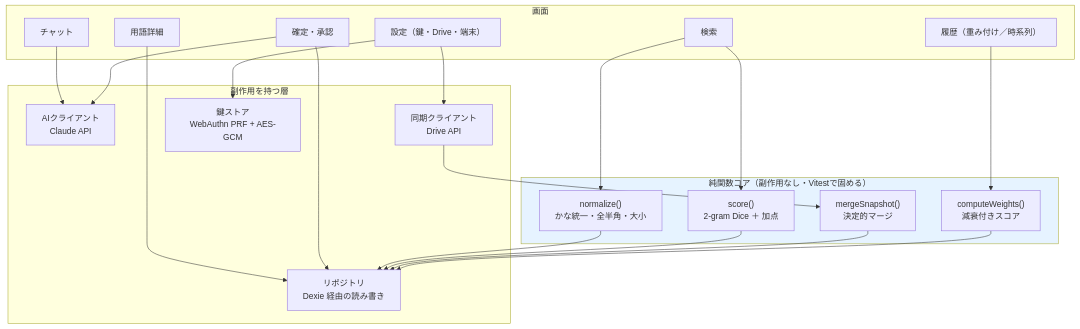
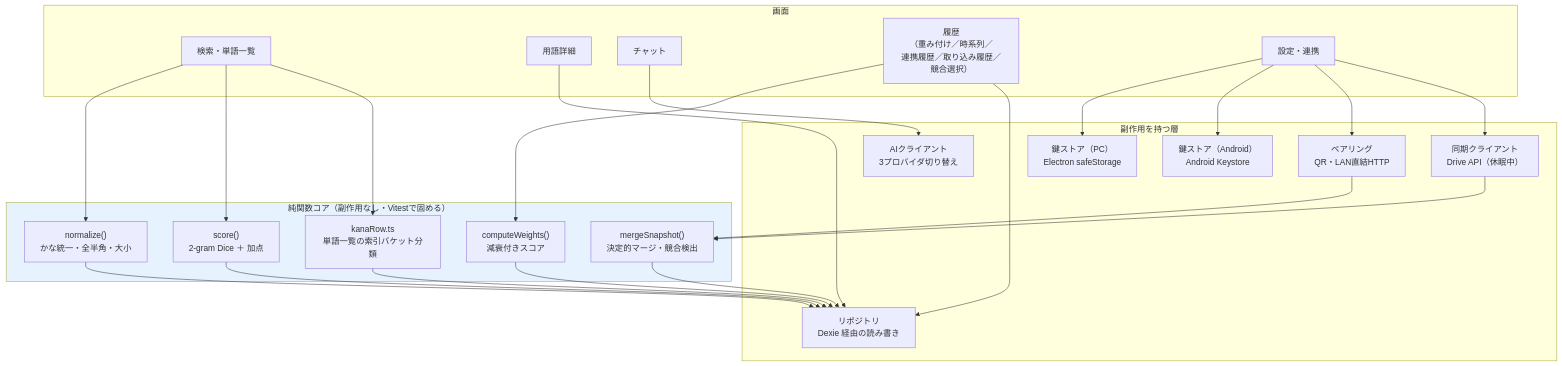
The seventh of 8 diagrams in docs/architecture.md (doryu0-04092/IT-Index), drawn with Mermaid before and after one commit. The commit also changed other lines of this file and 229 other files, not shown here.

````diff
--- a/docs/architecture.md
+++ b/docs/architecture.md
@@ -347,36 +402,38 @@
 ```mermaid
 flowchart TB
     subgraph pure["純関数コア（副作用なし・Vitestで固める）"]
         N["normalize()<br/>かな統一・全半角・大小"]
         SC["score()<br/>2-gram Dice ＋ 加点"]
-        M["mergeSnapshot()<br/>決定的マージ"]
+        M["mergeSnapshot()<br/>決定的マージ・競合検出"]
         W["computeWeights()<br/>減衰付きスコア"]
+        KR["kanaRow.ts<br/>単語一覧の索引バケット分類"]
     end
 
     subgraph io["副作用を持つ層"]
         REPO["リポジトリ<br/>Dexie 経由の読み書き"]
-        AICLI["AIクライアント<br/>Claude API"]
-        SYNC["同期クライアント<br/>Drive API"]
-        KEY["鍵ストア<br/>WebAuthn PRF + AES-GCM"]
+        AICLI["AIクライアント<br/>3プロバイダ切り替え"]
+        PAIR["ペアリング<br/>QR・LAN直結HTTP"]
+        SYNCD["同期クライアント<br/>Drive API（休眠中）"]
+        KEYP["鍵ストア（PC）<br/>Electron safeStorage"]
+        KEYA["鍵ストア（Android）<br/>Android Keystore"]
     end
 
     subgraph ui["画面"]
-        P1["検索"]
+        P1["検索・単語一覧"]
         P2["用語詳細"]
         P3["チャット"]
-        P4["確定・承認"]
-        P5["履歴（重み付け／時系列）"]
-        P6["設定（鍵・Drive・端末）"]
+        P4["履歴<br/>（重み付け／時系列／<br/>連携履歴／取り込み履歴／競合選択）"]
+        P5["設定・連携"]
     end
 
-    P1 --> N & SC
+    P1 --> N & SC & KR
     P2 --> REPO
     P3 --> AICLI
-    P4 --> AICLI & REPO
-    P5 --> W
-    P6 --> KEY & SYNC
-    SYNC --> M
-    N & SC & M & W --> REPO
+    P4 --> W & REPO
+    P5 --> KEYP & KEYA & PAIR & SYNCD
+    PAIR --> M
+    SYNCD --> M
+    N & SC & M & W & KR --> REPO
 
     style pure fill:#e6f3ff
 ```
````
